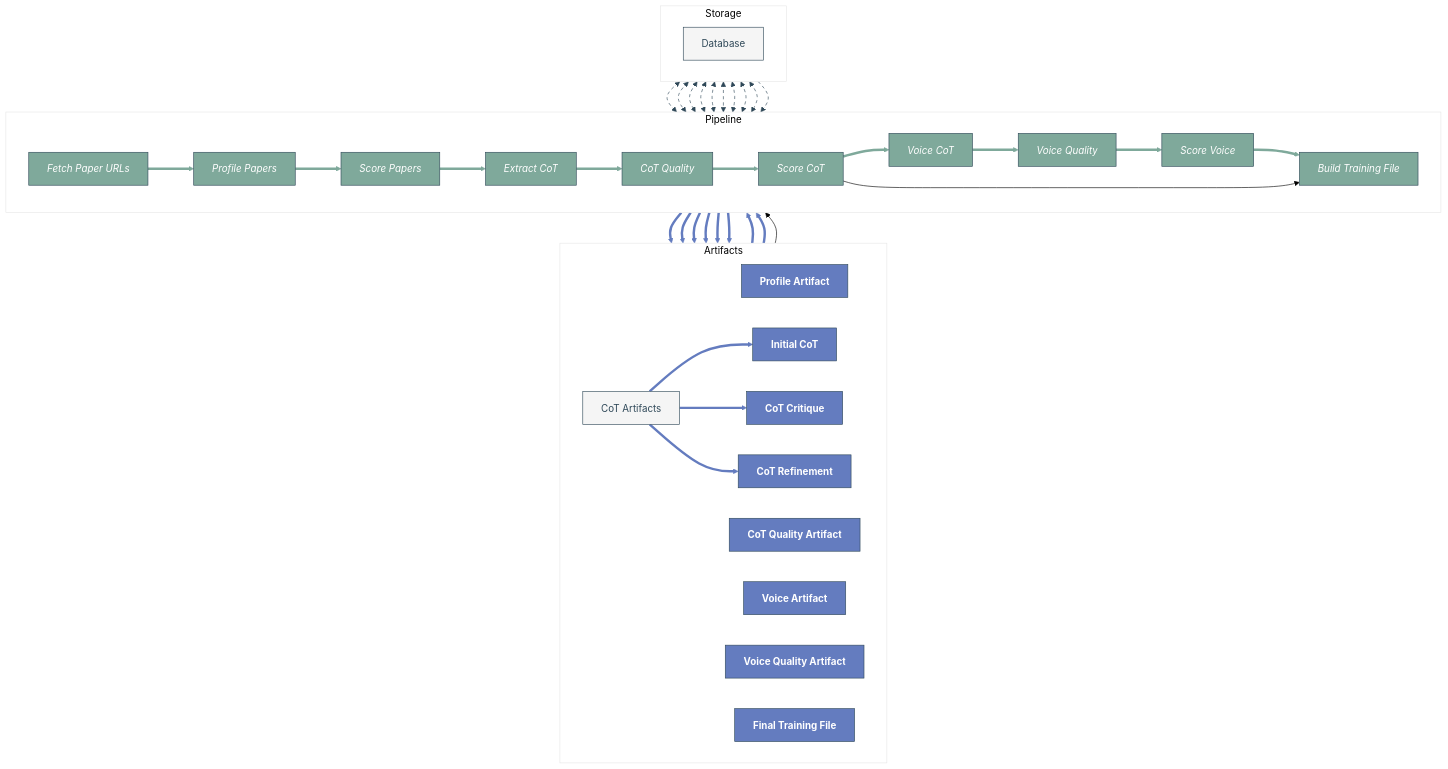
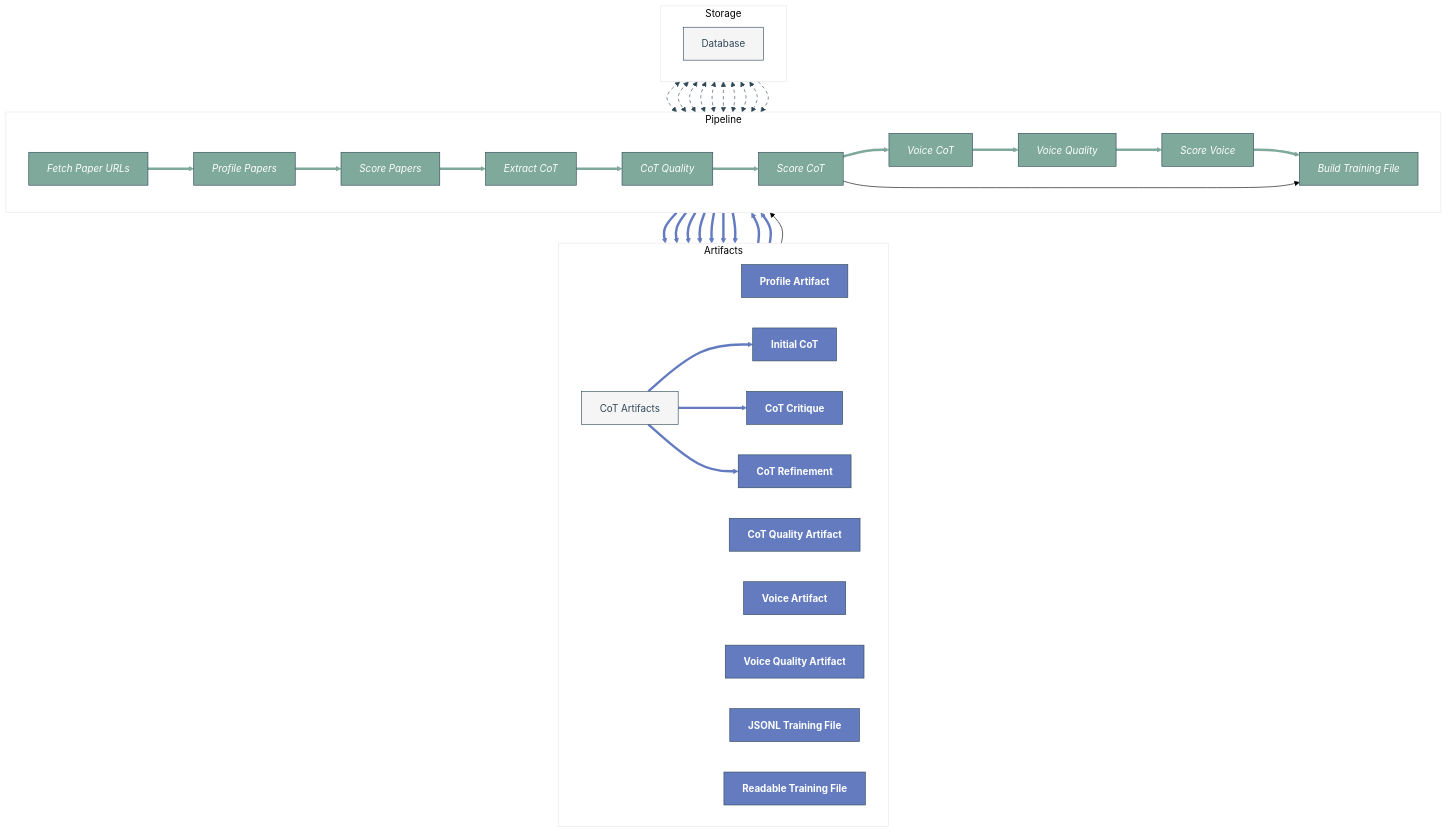
The diagram in misc/pipeline-diagram.mmd (thehunmonkgroup/raspberry-paper-to-cot-pipeline), drawn with Mermaid before and after one commit. The commit also changed 1 other file, not shown here.

Commit message:
add readable training file to diagram

```diff
--- a/misc/pipeline-diagram.mmd
+++ b/misc/pipeline-diagram.mmd
@@ -1,104 +1,106 @@
 ---
 config:
   theme: base
   themeVariables:
     background: "#ffffff"
     primaryColor: "#ffffff"
     primaryTextColor: "#000000"
     primaryBorderColor: "#000000"
     lineColor: "#000000"
     edgeLabelBackground: "#ffffff"
   flowchart:
     htmlLabels: true
     curve: basis
 ---
 
 flowchart TD
     subgraph Artifacts
         direction LR
         PROF_ART["`**Profile Artifact**`"]
         QUAL_ART["`**CoT Quality Artifact**`"]
         VOICE_ART["`**Voice Artifact**`"]
         VQ_ART["`**Voice Quality Artifact**`"]
-        TRAIN["`**Final Training File**`"]
+        TRAIN["`**JSONL Training File**`"]
+        READ_TRAIN["`**Readable Training File**`"]
         COT_ART[CoT Artifacts]
         INIT_COT["`**Initial CoT**`"]
         COT_CRIT["`**CoT Critique**`"]
         COT_REF["`**CoT Refinement**`"]
     end
 
     subgraph Pipeline
         direction LR
         FETCH["`*Fetch Paper URLs*`"]
         PROFILE["`*Profile Papers*`"]
         SCORE_P["`*Score Papers*`"]
         EXTRACT["`*Extract CoT*`"]
         COT_QUAL["`*CoT Quality*`"]
         SCORE_C["`*Score CoT*`"]
         VOICE_GEN["`*Voice CoT*`"]
         VOICE_QUAL["`*Voice Quality*`"]
         SCORE_V["`*Score Voice*`"]
         BUILD["`*Build Training File*`"]
     end
 
     subgraph Storage
         direction LR
         DB[Database]
     end
 
     %% Pipeline flow connections
     FETCH --> PROFILE
     PROFILE --> SCORE_P
     SCORE_P --> EXTRACT
     EXTRACT --> COT_QUAL
     COT_QUAL --> SCORE_C
     SCORE_C --> VOICE_GEN
     VOICE_GEN --> VOICE_QUAL
     VOICE_QUAL --> SCORE_V
     SCORE_V --> BUILD
 
     %% Database connections
     DB <--> FETCH
     DB <--> PROFILE
     DB <--> SCORE_P
     DB <--> EXTRACT
     DB <--> COT_QUAL
     DB <--> SCORE_C
     DB <--> VOICE_GEN
     DB <--> VOICE_QUAL
     DB <--> SCORE_V
     DB --> BUILD
 
     %% Artifact connections
     PROFILE --> PROF_ART
     EXTRACT --> COT_ART
     COT_QUAL --> QUAL_ART
     VOICE_GEN --> VOICE_ART
     VOICE_QUAL --> VQ_ART
     BUILD --> TRAIN
+    BUILD --> READ_TRAIN
     COT_ART --> INIT_COT
     COT_ART --> COT_CRIT
     COT_ART --> COT_REF
     COT_REF --> COT_QUAL
     COT_REF --> VOICE_GEN
 
     %% Build connections
     SCORE_C --> BUILD
     VOICE_ART --> BUILD
 
     %% Subgraph connections
     Storage ~~~ Pipeline
     Pipeline ~~~ Artifacts
 
     classDef default fill:#F5F5F5,color:#2F4858,stroke:#2F4858,stroke-width:1px
     classDef pipelineSteps fill:#7FA99B,color:#ffffff,stroke:#2F4858,stroke-width:1px
     classDef artifacts fill:#647CBF,color:#ffffff,stroke:#2F4858,stroke-width:1px
 
     %% Apply classes to nodes
     class PROFILE,SCORE_P,EXTRACT,COT_QUAL,SCORE_C,VOICE_GEN,VOICE_QUAL,SCORE_V,BUILD,FETCH pipelineSteps
-    class PROF_ART,QUAL_ART,VOICE_ART,VQ_ART,TRAIN,INIT_COT,COT_CRIT,COT_REF artifacts
+    class PROF_ART,QUAL_ART,VOICE_ART,VQ_ART,TRAIN,READ_TRAIN,INIT_COT,COT_CRIT,COT_REF artifacts
 
     %% Apply styles to arrows
     linkStyle 0,1,2,3,4,5,6,7,8 stroke:#7FA99B,stroke-width:4
     linkStyle 9,10,11,12,13,14,15,16,17,18 stroke:#2F4858,stroke-width:1,stroke-dasharray:5
-    linkStyle 19,20,21,22,23,24,25,26,27,28,29 stroke:#647CBF,stroke-width:4
+    linkStyle 19,20,21,22,23,24,25,26,27,28,29,30 stroke:#647CBF,stroke-width:4
```
